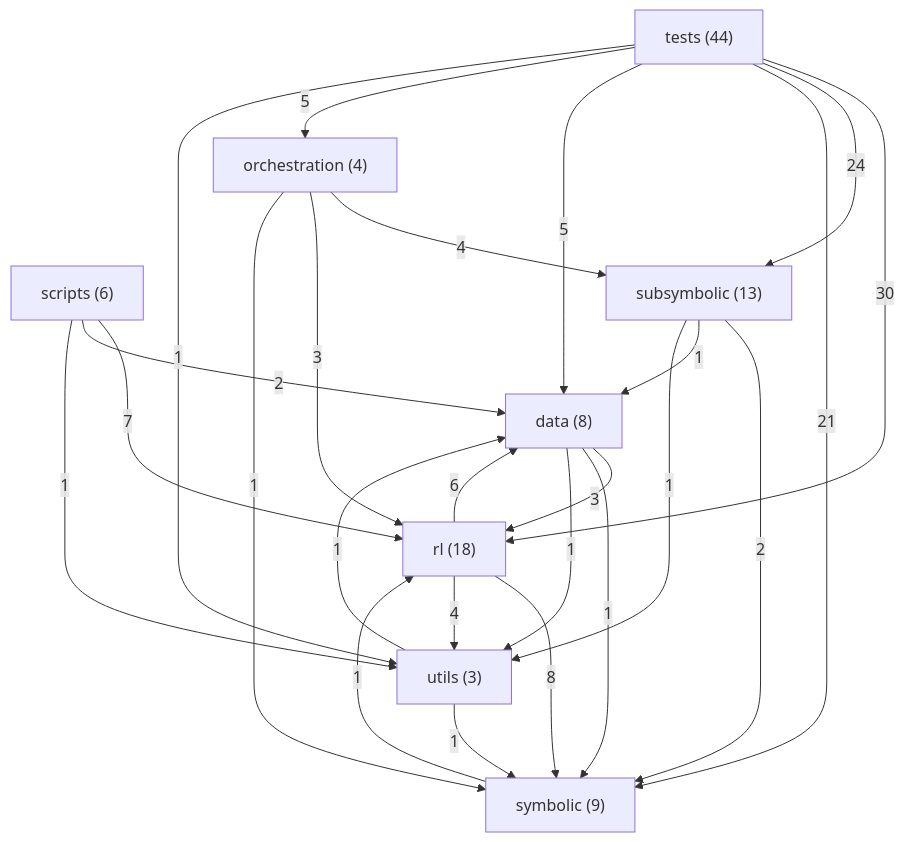
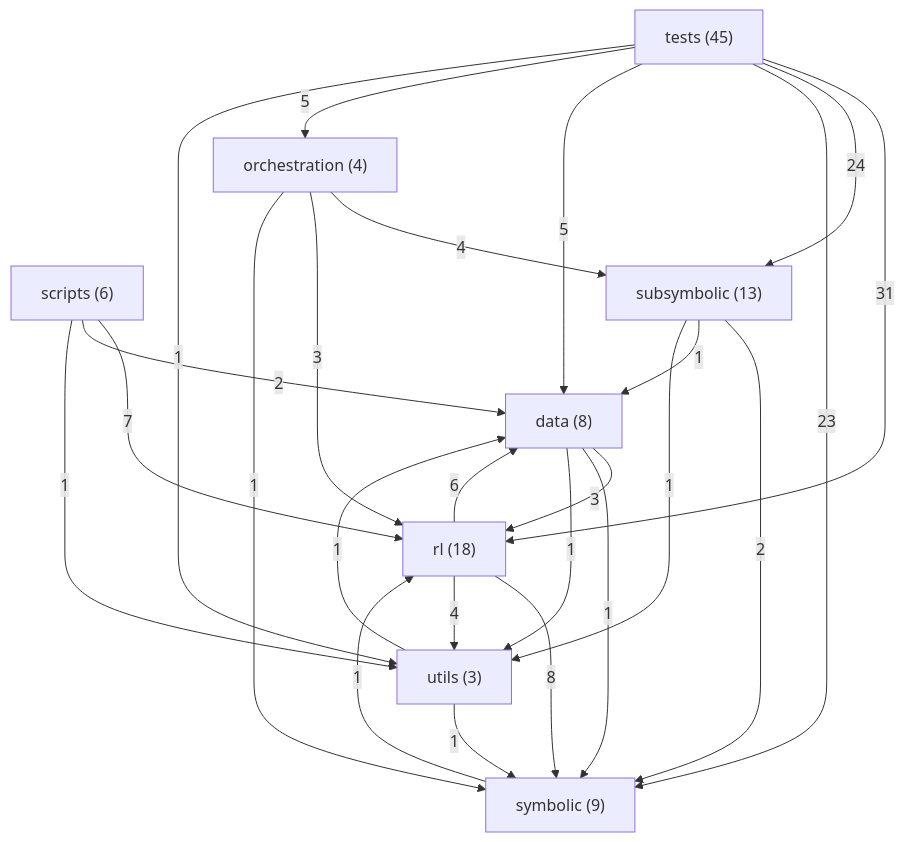
Before and after one commit to danrd/ARC-AGI: the diagram in ARCHITECTURE.md, drawn with Mermaid. The commit also changed other lines of this file and 2 other files, not shown here.

First paragraph of the commit message:
Read the relation matrix the way the env writes it
The GNN extractor's graph building was wrong in three ways at once, and
none of them raised, because every one is reached only when a grid has
more than one object.

````diff
--- a/ARCHITECTURE.md
+++ b/ARCHITECTURE.md
@@ -127,35 +127,35 @@
 ```mermaid
 graph TD
   data["data (8)"]
   orchestration["orchestration (4)"]
   rl["rl (18)"]
   scripts["scripts (6)"]
   subsymbolic["subsymbolic (13)"]
   symbolic["symbolic (9)"]
-  tests["tests (44)"]
+  tests["tests (45)"]
   utils["utils (3)"]
-  tests -->|30| rl
+  tests -->|31| rl
   tests -->|24| subsymbolic
-  tests -->|21| symbolic
+  tests -->|23| symbolic
   rl -->|8| symbolic
   scripts -->|7| rl
   rl -->|6| data
   tests -->|5| data
   tests -->|5| orchestration
   orchestration -->|4| subsymbolic
   rl -->|4| utils
   data -->|3| rl
   orchestration -->|3| rl
   scripts -->|2| data
   subsymbolic -->|2| symbolic
   data -->|1| symbolic
   data -->|1| utils
   orchestration -->|1| symbolic
   scripts -->|1| utils
   subsymbolic -->|1| data
   subsymbolic -->|1| utils
   symbolic -->|1| rl
   tests -->|1| utils
   utils -->|1| data
   utils -->|1| symbolic
 ```
````
